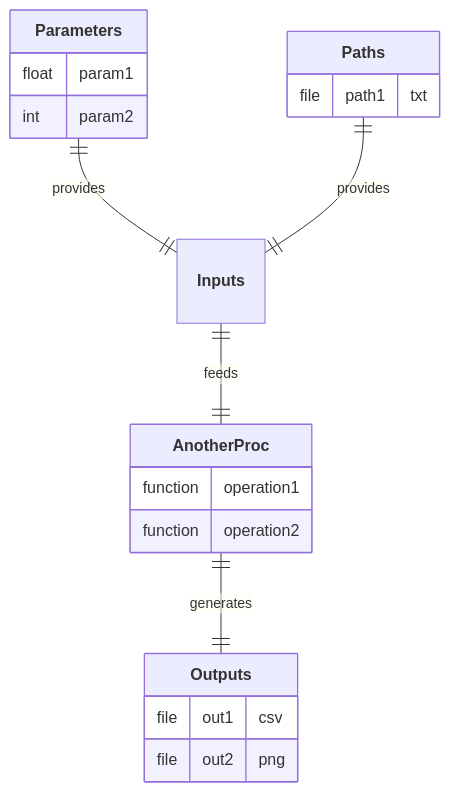
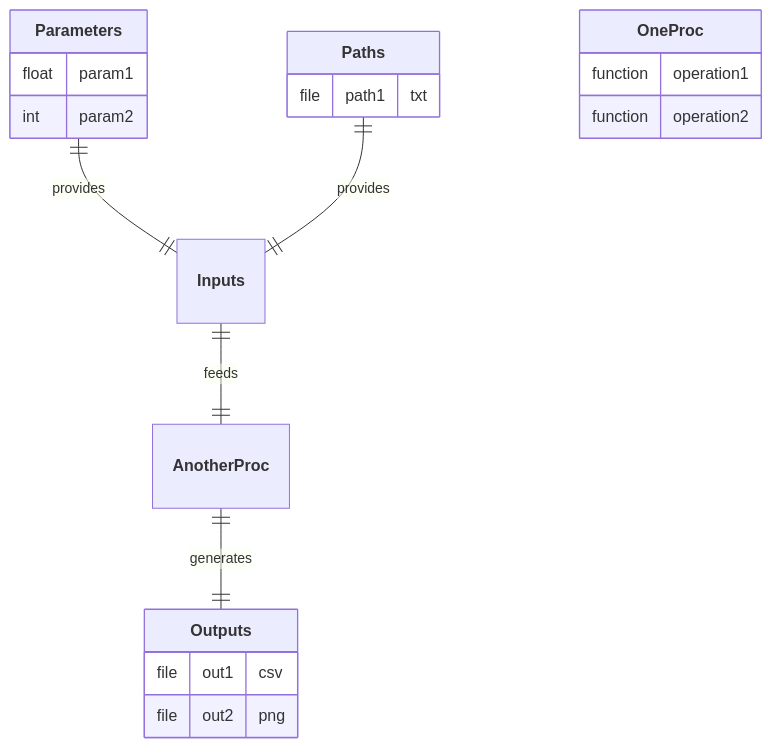
Before and after one commit to nuremics/nuremics-labs: the diagram in src/procs/OneProc/README.md, drawn with Mermaid. The commit also changed other lines of this file, not shown here.

Commit message:
update README OneProc

````diff
--- a/src/procs/OneProc/README.md
+++ b/src/procs/OneProc/README.md
@@ -3,23 +3,23 @@
 ```mermaid
 erDiagram
   **Parameters** ||--|| **Inputs** : provides
   **Paths** ||--|| **Inputs** : provides
   **Inputs** ||--|| **AnotherProc** : feeds
   **AnotherProc** ||--|| **Outputs** : generates
 
   **Parameters** {
     float param1
     int param2
   }
   **Paths** {
     file path1 "txt"
   }
-  **AnotherProc** {
+  **OneProc** {
     function operation1
     function operation2
   }
   **Outputs** {
     file out1 "csv"
     file out2 "png"
   }
 ```
````
